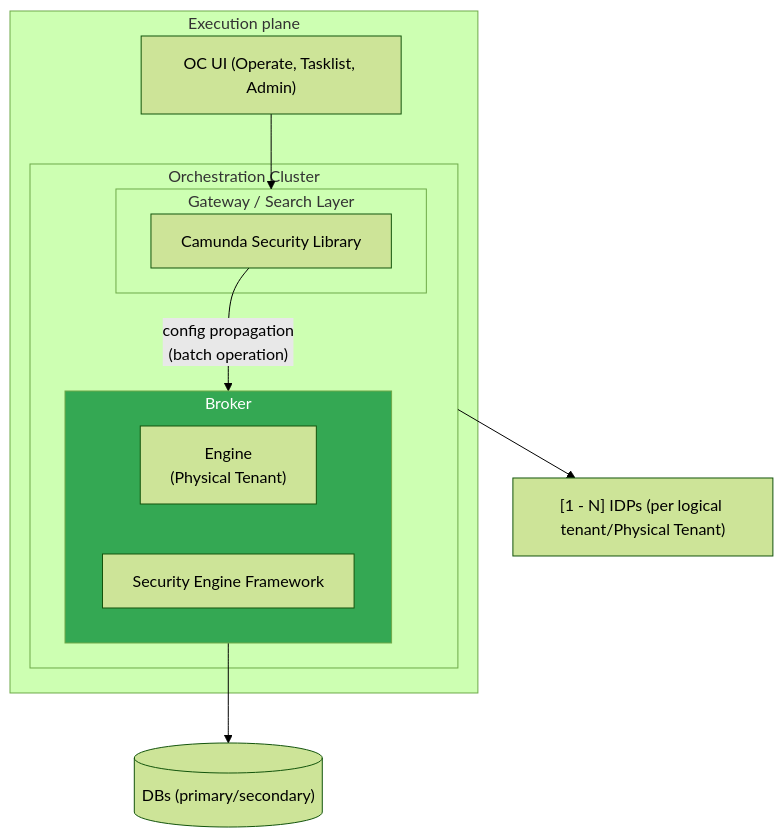
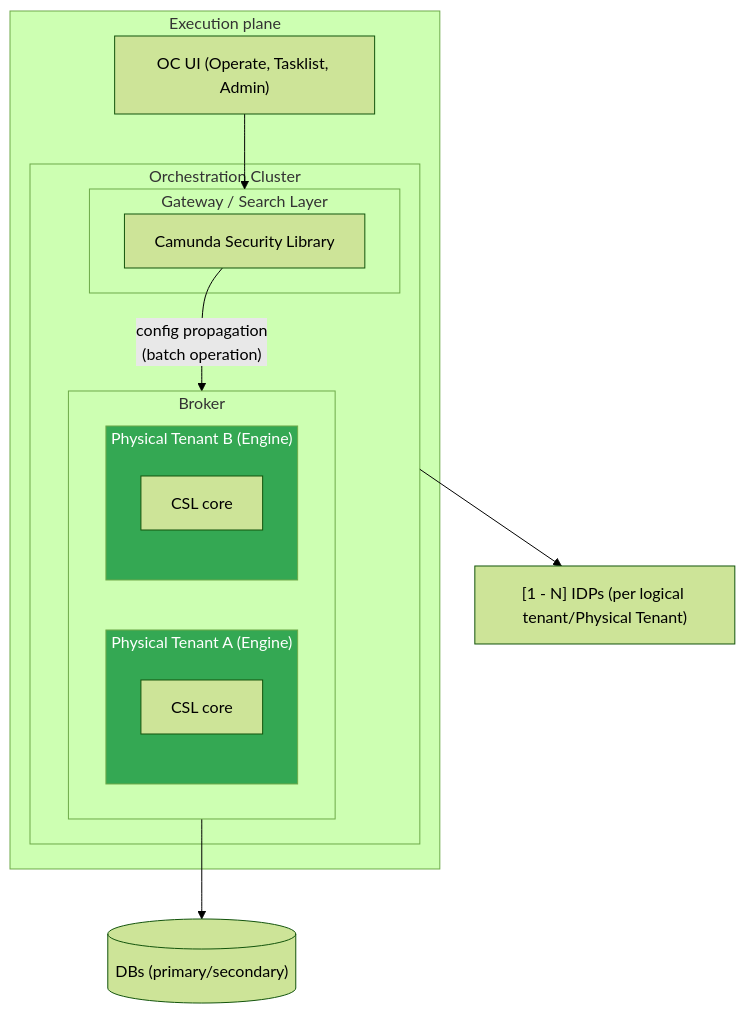
One commit to camunda/camunda-security-library changed the second of 8 diagrams in docs/architecture/05-building-block-view.md. Above: the diagram before and after it, drawn with Mermaid (forest theme). The commit also changed other lines of this file and 24 other files, not shown here.

First line of the commit message:
docs(architecture): describe post-8.10 rollout state and retire the Security Engine Framework

````diff
--- a/docs/architecture/05-building-block-view.md
+++ b/docs/architecture/05-building-block-view.md
@@ -78,30 +86,35 @@
 ```mermaid
 flowchart TB
 
   subgraph Execution["Execution plane"]
     OcUi["OC UI (Operate, Tasklist, Admin)"]
 
     subgraph OC["Orchestration Cluster"]
       subgraph GatewayLayer["Gateway / Search Layer"]
         OCLib["Camunda Security Library"]
       end
 
       subgraph Broker["Broker"]
-        Engine["Engine</br>(Physical Tenant)"]
-        EngLib["Security Engine Framework"]
+        subgraph PtA["Physical Tenant A (Engine)"]
+          CslCoreA["CSL core"]
+        end
+        subgraph PtB["Physical Tenant B (Engine)"]
+          CslCoreB["CSL core"]
+        end
       end
 
       OCLib -->|"config propagation</br>(batch operation)"| Broker
     end
   end
 
   OcUi --> GatewayLayer
 
   IdPs["[1 - N] IDPs (per logical tenant/Physical Tenant)"]
   DBs[("DBs (primary/secondary)")]
 
   Broker --> DBs
   OC --> IdPs
 
-  style Broker fill:#34a853,color:#fff
+  style PtA fill:#34a853,color:#fff
+  style PtB fill:#34a853,color:#fff
 ```
````
